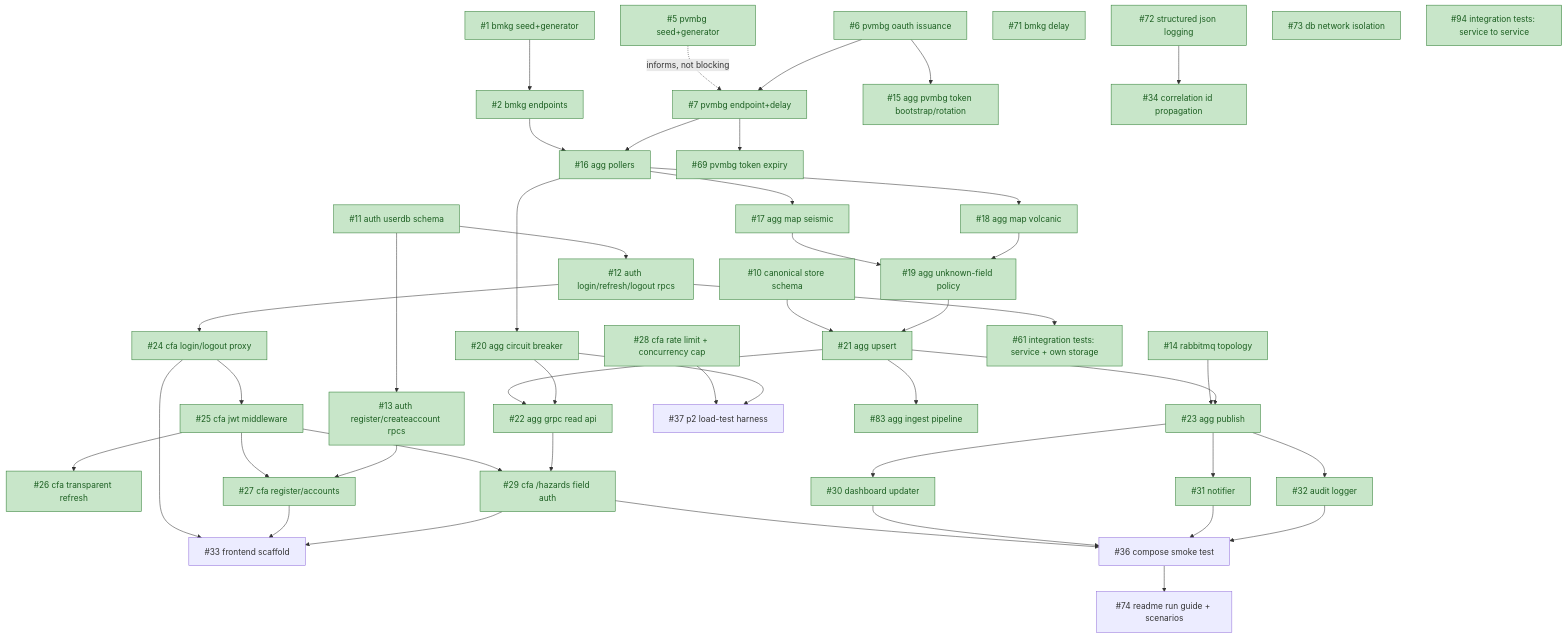
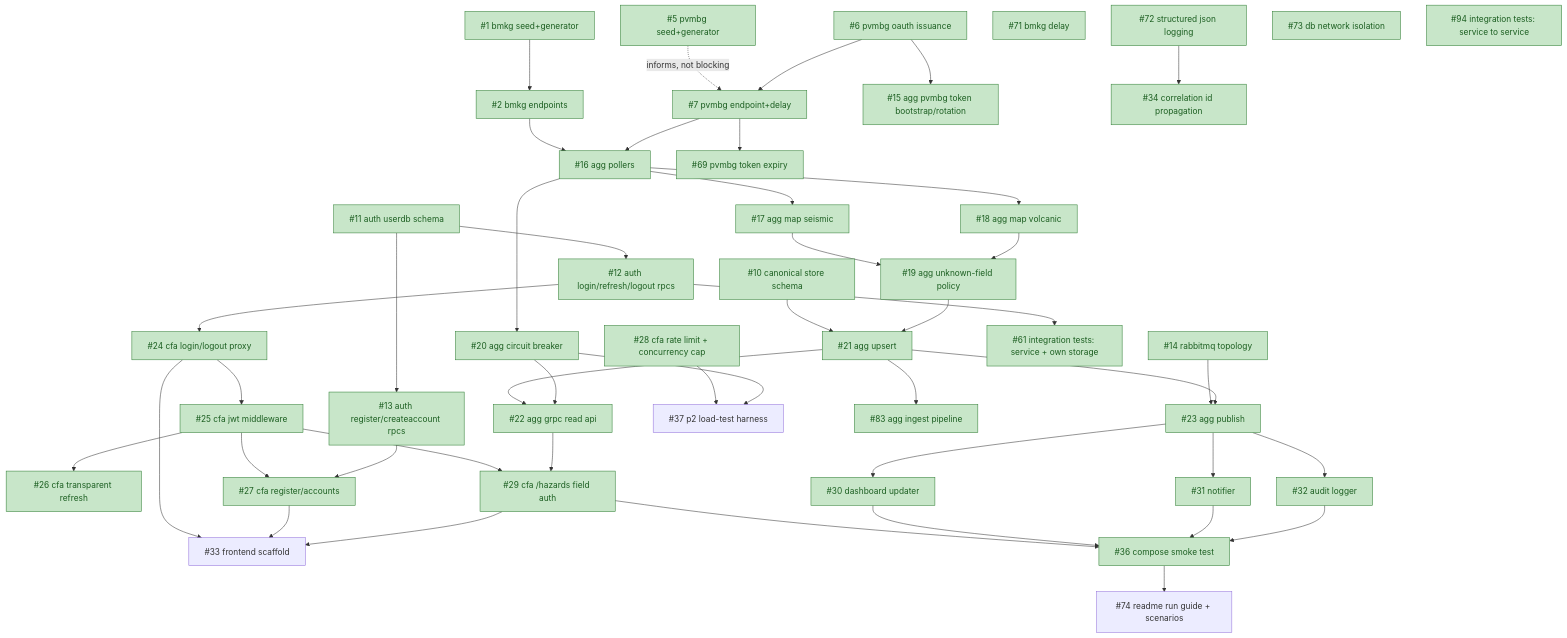
One commit to brii26/distributed-hazard-coordination changed the diagram in doc/BACKLOG_DEPENDENCIES.md. Above: the diagram before and after it, drawn with Mermaid. The commit also changed other lines of this file and 2 other files, not shown here.

Commit message:
test(compose): add full-stack smoke test (#36) (#111)
tests/smoke/run.sh brings up the whole stack in its own compose project, checks every /health, runs the golden path (seeded Operator login, /hazards with data from both mocks) and restarts the Notifier to check nothing else moves.

````diff
--- a/doc/BACKLOG_DEPENDENCIES.md
+++ b/doc/BACKLOG_DEPENDENCIES.md
@@ -19,63 +19,63 @@
 ```mermaid
 graph TD
   1["#1 bmkg seed+generator"] --> 2["#2 bmkg endpoints"]
   5["#5 pvmbg seed+generator"] -.->|informs, not blocking| 7
 
   6["#6 pvmbg oauth issuance"] --> 15["#15 agg pvmbg token bootstrap/rotation"]
   6 --> 7["#7 pvmbg endpoint+delay"]
   7 --> 69["#69 pvmbg token expiry"]
 
   2 --> 16["#16 agg pollers"]
   7 --> 16
   16 --> 17["#17 agg map seismic"]
   16 --> 18["#18 agg map volcanic"]
   16 --> 20["#20 agg circuit breaker"]
   17 --> 19["#19 agg unknown-field policy"]
   18 --> 19
 
   10["#10 canonical store schema"] --> 21["#21 agg upsert"]
   19 --> 21
   21 --> 22["#22 agg grpc read api"]
   20 --> 22
 
   14["#14 rabbitmq topology"] --> 23["#23 agg publish"]
   21 --> 23
   21 --> 83["#83 agg ingest pipeline"]
 
   11["#11 auth userdb schema"] --> 12["#12 auth login/refresh/logout rpcs"]
   11 --> 13["#13 auth register/createaccount rpcs"]
 
   12 --> 24["#24 cfa login/logout proxy"]
   12 --> 61["#61 integration tests: service + own storage"]
   24 --> 25["#25 cfa jwt middleware"]
   25 --> 26["#26 cfa transparent refresh"]
   25 --> 27["#27 cfa register/accounts"]
   13 --> 27
   25 --> 29["#29 cfa /hazards field auth"]
   22 --> 29
 
   23 --> 30["#30 dashboard updater"]
   23 --> 31["#31 notifier"]
   23 --> 32["#32 audit logger"]
 
   24 --> 33["#33 frontend scaffold"]
   27 --> 33
   29 --> 33
 
   29 --> 36["#36 compose smoke test"]
   30 --> 36
   31 --> 36
   32 --> 36
 
   28["#28 cfa rate limit + concurrency cap"] --> 37["#37 p2 load-test harness"]
   20 --> 37
 
   72["#72 structured json logging"] --> 34["#34 correlation id propagation"]
   36 --> 74["#74 readme run guide + scenarios"]
   71["#71 bmkg delay"]
   73["#73 db network isolation"]
   94["#94 integration tests: service to service"]
 
   classDef done fill:#c8e6c9,stroke:#2e7d32,color:#1b5e20
-  class 1,2,5,6,7,10,11,12,13,14,15,16,17,18,19,20,21,22,23,24,25,26,27,28,29,30,31,32,34,35,61,69,71,72,73,83,94 done
+  class 1,2,5,6,7,10,11,12,13,14,15,16,17,18,19,20,21,22,23,24,25,26,27,28,29,30,31,32,34,35,36,61,69,71,72,73,83,94 done
 ```
````
